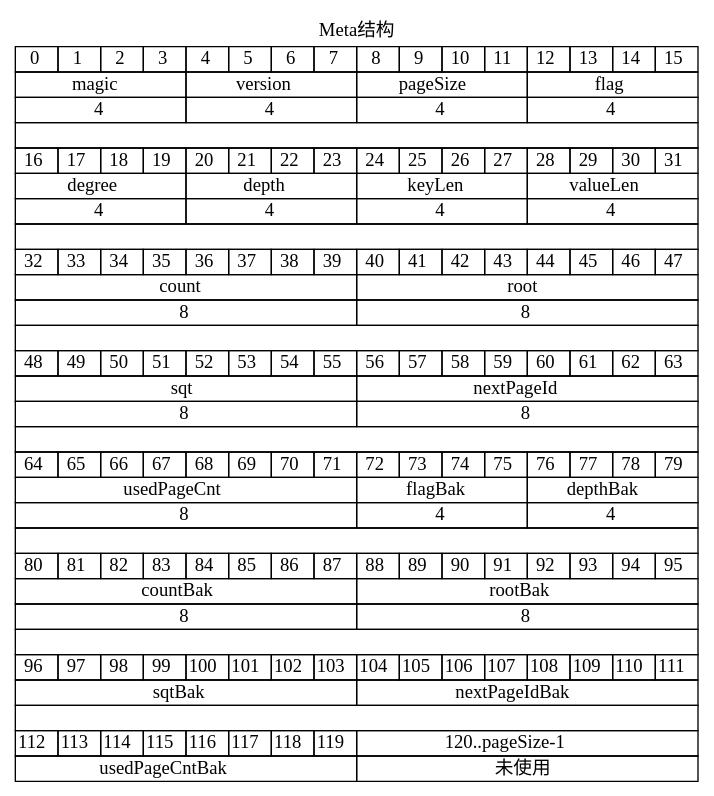
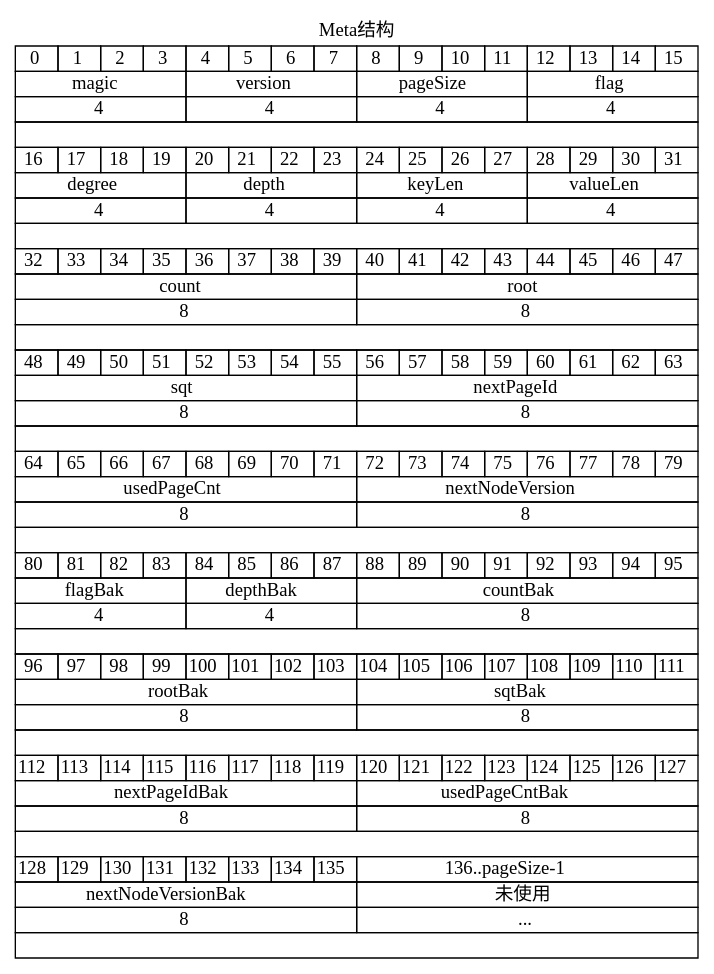
The second of 6 diagrams in doc/3-索引存储引擎.md (rectcircle/course-design-DBMS), drawn with Graphviz before and after one commit. The commit also changed other lines of this file and 10 other files, not shown here.

```diff
--- a/doc/3-索引存储引擎.md
+++ b/doc/3-索引存储引擎.md
@@ -332,14 +343,11 @@
     </TR>
     <TR>
       <TD COLSPAN="8">usedPageCnt</TD>
-      <TD COLSPAN="4">flagBak</TD>
-      <TD COLSPAN="4">depthBak</TD>
+      <TD COLSPAN="8">nextNodeVersion</TD>
     </TR>
     <TR>
       <TD COLSPAN="8">8</TD>
-
-      <TD COLSPAN="4">4</TD>
-      <TD COLSPAN="4">4</TD>
+      <TD COLSPAN="8">8</TD>
     </TR>
     <TR>
       <TD COLSPAN="16"> </TD>
@@ -363,11 +371,13 @@
       <TD>95</TD>
     </TR>
     <TR>
+      <TD COLSPAN="4">flagBak</TD>
+      <TD COLSPAN="4">depthBak</TD>
       <TD COLSPAN="8">countBak</TD>
-      <TD COLSPAN="8">rootBak</TD>
     </TR>
     <TR>
-      <TD COLSPAN="8">8</TD>
+      <TD COLSPAN="4">4</TD>
+      <TD COLSPAN="4">4</TD>
       <TD COLSPAN="8">8</TD>
     </TR>
     <TR>
@@ -392,8 +402,12 @@
       <TD>111</TD>
     </TR>
     <TR>
+      <TD COLSPAN="8">rootBak</TD>
       <TD COLSPAN="8">sqtBak</TD>
-      <TD COLSPAN="8">nextPageIdBak</TD>
+    </TR>
+    <TR>
+      <TD COLSPAN="8">8</TD>
+      <TD COLSPAN="8">8</TD>
     </TR>
     <TR>
       <TD COLSPAN="16"> </TD>
@@ -407,11 +421,47 @@
       <TD>117</TD>
       <TD>118</TD>
       <TD>119</TD>
-      <TD COLSPAN="8"> 120..pageSize-1 </TD>
+      <TD>120</TD>
+      <TD>121</TD>
+      <TD>122</TD>
+      <TD>123</TD>
+      <TD>124</TD>
+      <TD>125</TD>
+      <TD>126</TD>
+      <TD>127</TD>
     </TR>
     <TR>
+      <TD COLSPAN="8">nextPageIdBak</TD>
       <TD COLSPAN="8"> usedPageCntBak </TD>
+    </TR>
+    <TR>
+      <TD COLSPAN="8">8</TD>
+      <TD COLSPAN="8">8</TD>
+    </TR>
+    <TR>
+      <TD COLSPAN="16"> </TD>
+    </TR>
+    <TR>
+      <TD>128</TD>
+      <TD>129</TD>
+      <TD>130</TD>
+      <TD>131</TD>
+      <TD>132</TD>
+      <TD>133</TD>
+      <TD>134</TD>
+      <TD>135</TD>
+      <TD COLSPAN="8"> 136..pageSize-1 </TD>
+    </TR>
+    <TR>
+      <TD COLSPAN="8">nextNodeVersionBak</TD>
       <TD COLSPAN="8"> 未使用 </TD>
+    </TR>
+    <TR>
+      <TD COLSPAN="8">8</TD>
+      <TD COLSPAN="8">...</TD>
+    </TR>
+    <TR>
+      <TD COLSPAN="16"> </TD>
     </TR>
     </TABLE>>]
 }
```
